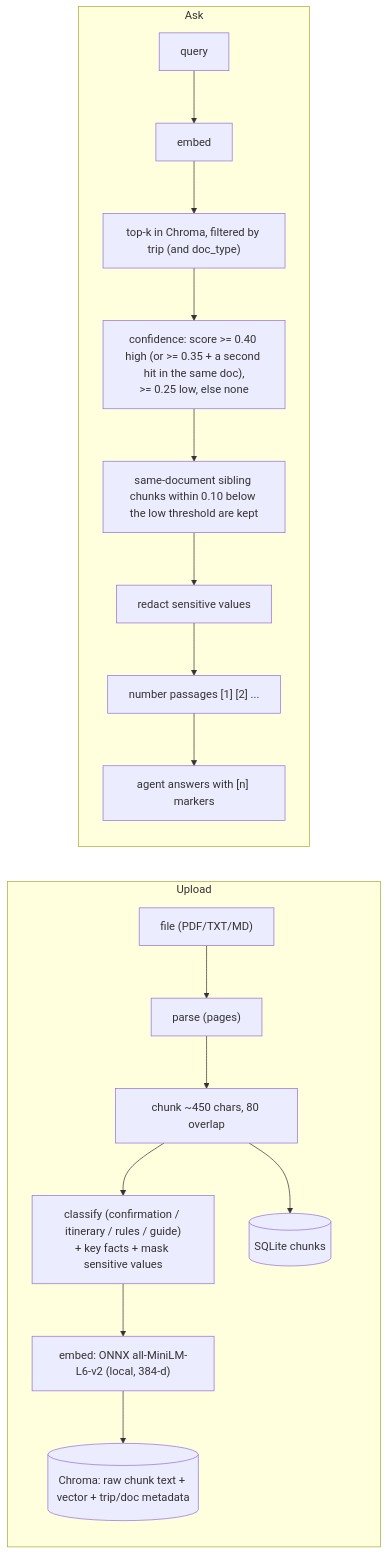
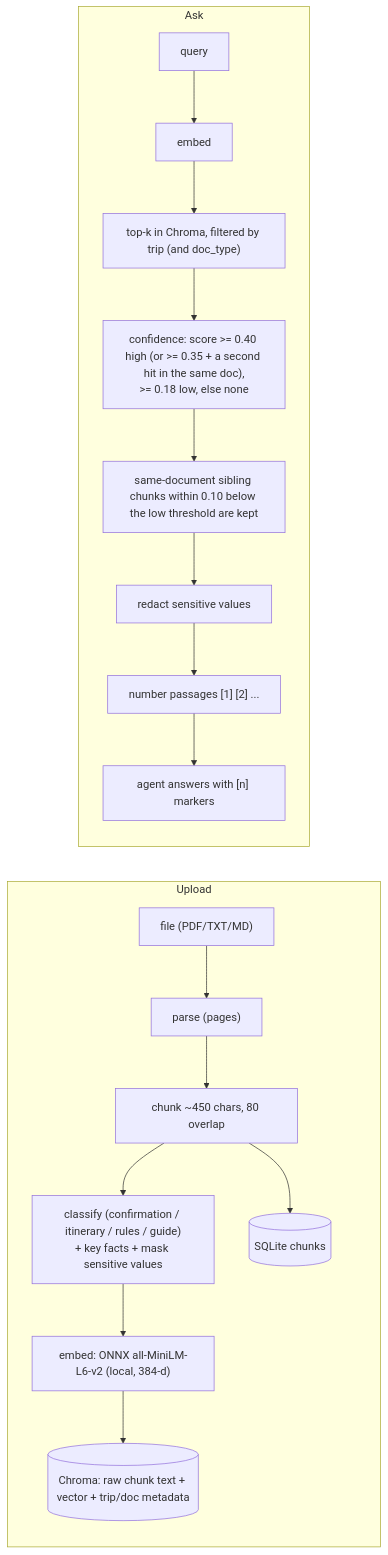
The third of 3 diagrams in docs/ARCHITECTURE.md (nitbaby/trip-mate), drawn with Mermaid before and after one commit. The commit also changed 9 other files, not shown here.

````diff
--- a/docs/ARCHITECTURE.md
+++ b/docs/ARCHITECTURE.md
@@ -101,14 +101,14 @@
 ```mermaid
 flowchart LR
   subgraph Upload
     F["file (PDF/TXT/MD)"] --> Pa["parse (pages)"] --> Ch["chunk ~450 chars, 80 overlap"] --> Cl["classify (confirmation / itinerary / rules / guide)<br/>+ key facts + mask sensitive values"]
     Cl --> Em["embed: ONNX all-MiniLM-L6-v2 (local, 384-d)"] --> CHr[("Chroma: raw chunk text + vector + trip/doc metadata")]
     Ch --> Sq[("SQLite chunks")]
   end
   subgraph Ask
     Qe["query"] --> Eq["embed"] --> Kn["top-k in Chroma, filtered by trip (and doc_type)"]
-    Kn --> Cf["confidence: score >= 0.40 high (or >= 0.35 + a second hit in the same doc),<br/>>= 0.25 low, else none"]
+    Kn --> Cf["confidence: score >= 0.40 high (or >= 0.35 + a second hit in the same doc),<br/>>= 0.18 low, else none"]
     Cf --> Sib["same-document sibling chunks within 0.10 below the low threshold are kept"]
     Sib --> Rd["redact sensitive values"] --> Nm["number passages [1] [2] ..."] --> Ag["agent answers with [n] markers"]
   end
 ```
````
